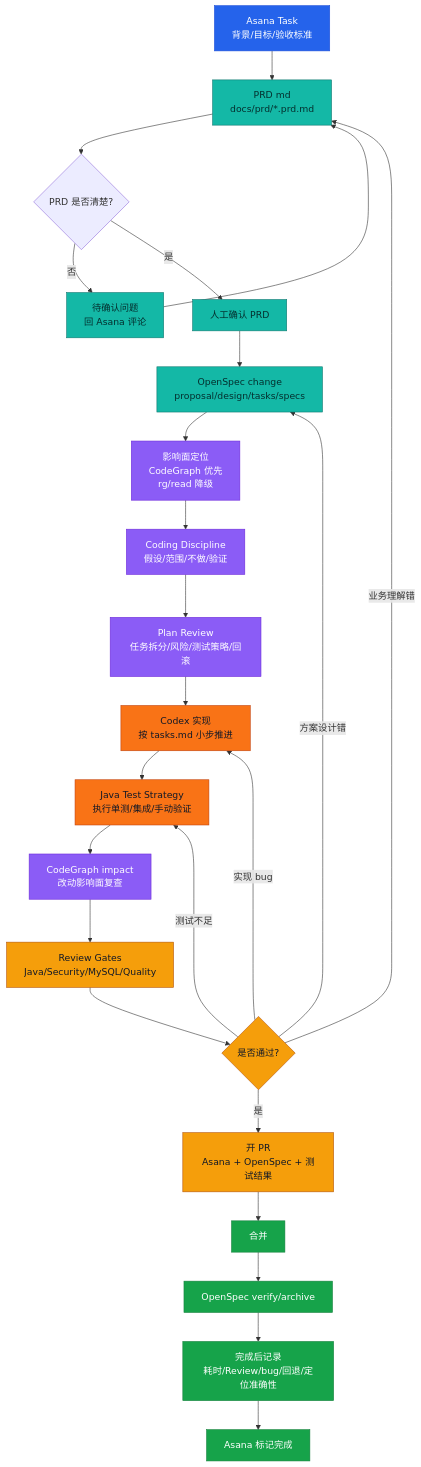
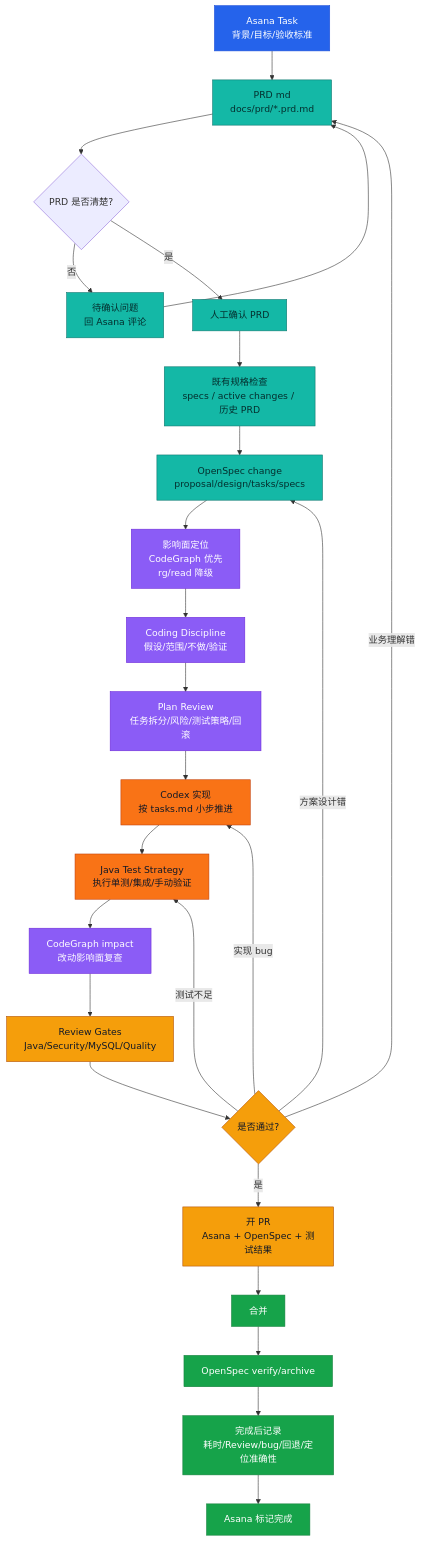
Before and after one commit to guobang1998/asana-openspec-java-workflow: the second of 4 diagrams in 流程图.md, drawn with Mermaid. The commit also changed other lines of this file and 6 other files, not shown here.

First line of the commit message:
补充 OpenSpec 历史规格检查和浏览器测试 PRD

````diff
--- a/流程图.md
+++ b/流程图.md
@@ -35,39 +35,40 @@
 ```mermaid
 flowchart TB
   A["Asana Task<br/>背景/目标/验收标准"] --> B["PRD md<br/>docs/prd/*.prd.md"]
   B --> C{"PRD 是否清楚?"}
   C -- "否" --> C1["待确认问题<br/>回 Asana 评论"] --> B
   C -- "是" --> C2["人工确认 PRD"]
-  C2 --> D["OpenSpec change<br/>proposal/design/tasks/specs"]
+  C2 --> D0["既有规格检查<br/>specs / active changes / 历史 PRD"]
+  D0 --> D["OpenSpec change<br/>proposal/design/tasks/specs"]
   D --> E["影响面定位<br/>CodeGraph 优先<br/>rg/read 降级"]
   E --> F["Coding Discipline<br/>假设/范围/不做/验证"]
   F --> G["Plan Review<br/>任务拆分/风险/测试策略/回滚"]
   G --> H["Codex 实现<br/>按 tasks.md 小步推进"]
   H --> I["Java Test Strategy<br/>执行单测/集成/手动验证"]
   I --> J["CodeGraph impact<br/>改动影响面复查"]
   J --> K["Review Gates<br/>Java/Security/MySQL/Quality"]
   K --> L{"是否通过?"}
   L -- "业务理解错" --> B
   L -- "方案设计错" --> D
   L -- "实现 bug" --> H
   L -- "测试不足" --> I
   L -- "是" --> M["开 PR<br/>Asana + OpenSpec + 测试结果"]
   M --> N["合并"]
   N --> O["OpenSpec verify/archive"]
   O --> P["完成后记录<br/>耗时/Review/bug/回退/定位准确性"]
   P --> Q["Asana 标记完成"]
 
   classDef source fill:#2563eb,color:#fff,stroke:#1d4ed8;
   classDef document fill:#14b8a6,color:#042f2e,stroke:#0f766e;
   classDef analysis fill:#8b5cf6,color:#fff,stroke:#6d28d9;
   classDef build fill:#f97316,color:#111827,stroke:#c2410c;
   classDef review fill:#f59e0b,color:#111827,stroke:#b45309;
   classDef done fill:#16a34a,color:#fff,stroke:#15803d;
 
   class A source;
-  class B,C1,C2,D document;
+  class B,C1,C2,D0,D document;
   class E,F,G,J analysis;
   class H,I build;
   class K,L,M review;
   class N,O,P,Q done;
 ```
````
